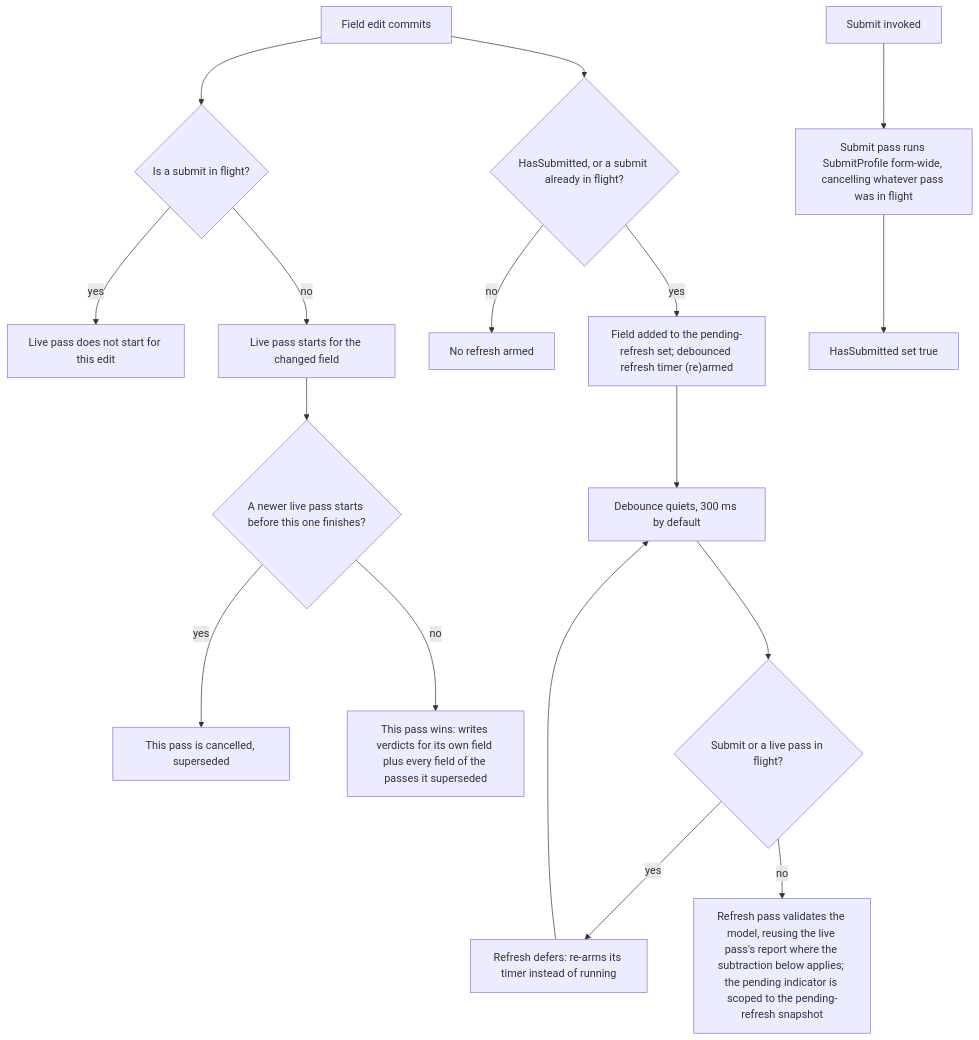
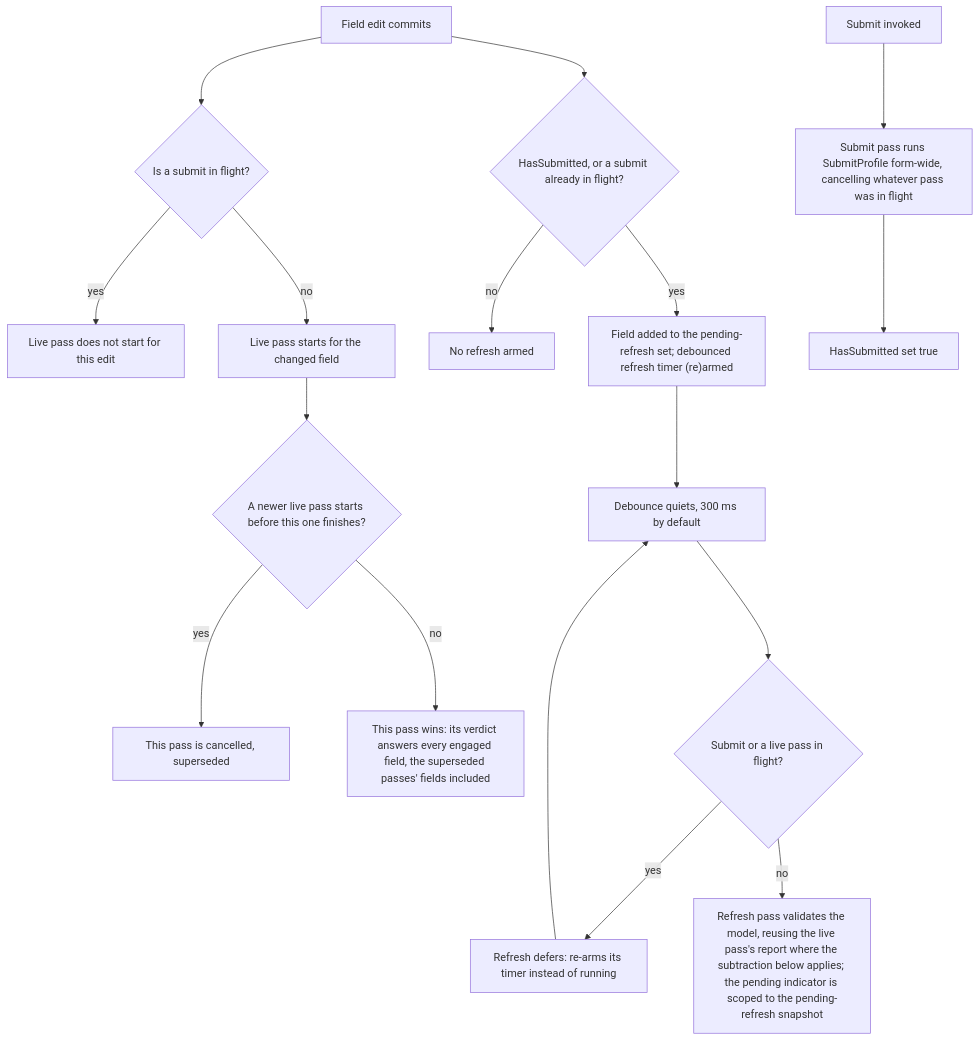
The diagram in docs/async-validation.md (xfunc-pty-ltd/formidable), drawn with Mermaid before and after one commit. The commit also changed other lines of this file and 39 other files, not shown here.

````diff
--- a/docs/async-validation.md
+++ b/docs/async-validation.md
@@ -144,22 +144,22 @@
 ```mermaid
 flowchart TD
     A["Field edit commits"] --> B{"Is a submit in flight?"}
     B -- "yes" --> C["Live pass does not start for this edit"]
     B -- "no" --> D["Live pass starts for the changed field"]
     D --> E{"A newer live pass starts before this one finishes?"}
     E -- "yes" --> F["This pass is cancelled, superseded"]
-    E -- "no" --> G["This pass wins: writes verdicts for its own field plus every field of the passes it superseded"]
+    E -- "no" --> G["This pass wins: its verdict answers every engaged field, the superseded passes' fields included"]
 
     A --> H{"HasSubmitted, or a submit already in flight?"}
     H -- "no" --> I["No refresh armed"]
     H -- "yes" --> J["Field added to the pending-refresh set; debounced refresh timer (re)armed"]
 
     J --> K["Debounce quiets, 300 ms by default"]
     K --> L{"Submit or a live pass in flight?"}
     L -- "yes" --> M["Refresh defers: re-arms its timer instead of running"]
     M --> K
     L -- "no" --> N["Refresh pass validates the model, reusing the live pass's report where the subtraction below applies; the pending indicator is scoped to the pending-refresh snapshot"]
 
     O["Submit invoked"] --> P["Submit pass runs SubmitProfile form-wide, cancelling whatever pass was in flight"]
     P --> Q["HasSubmitted set true"]
 ```
````
